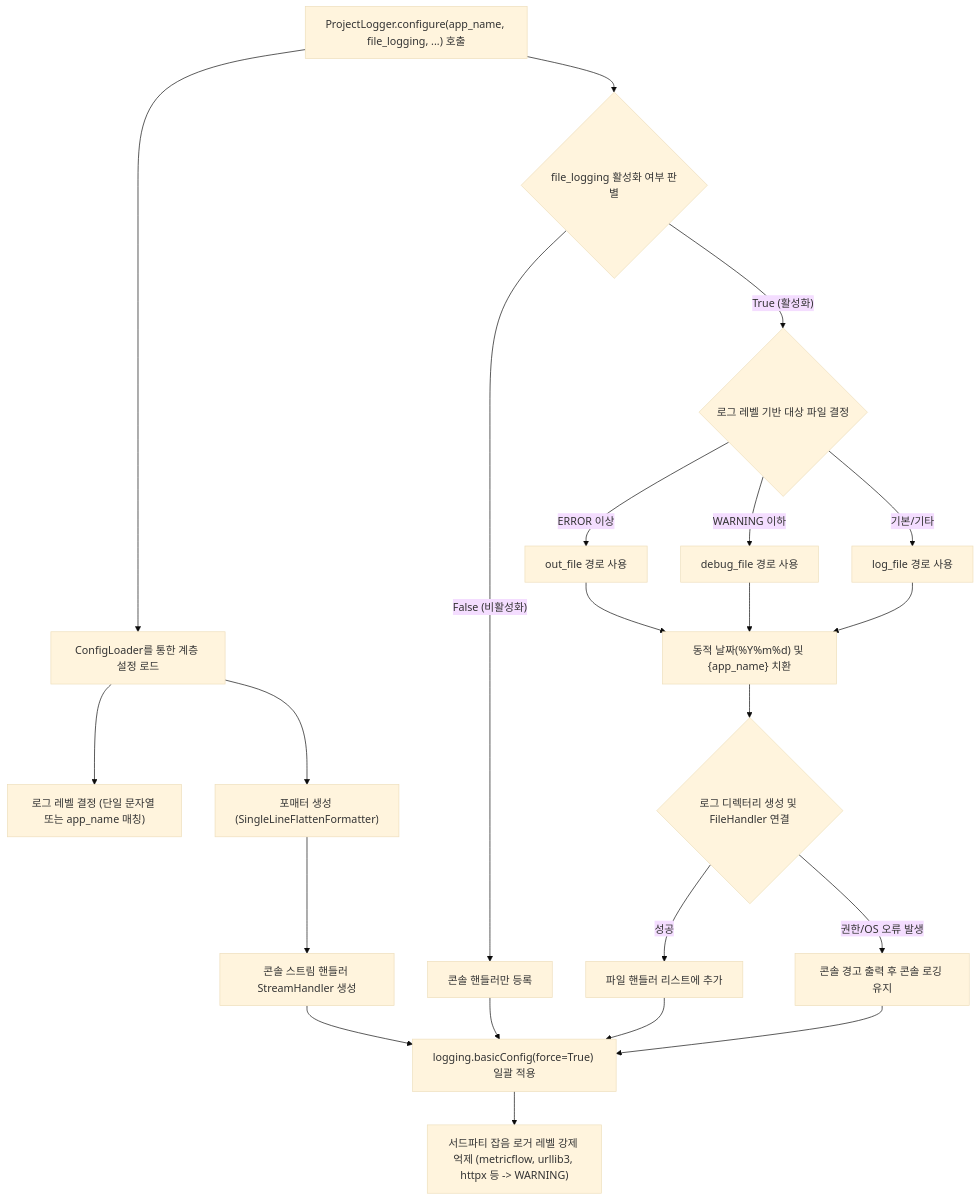
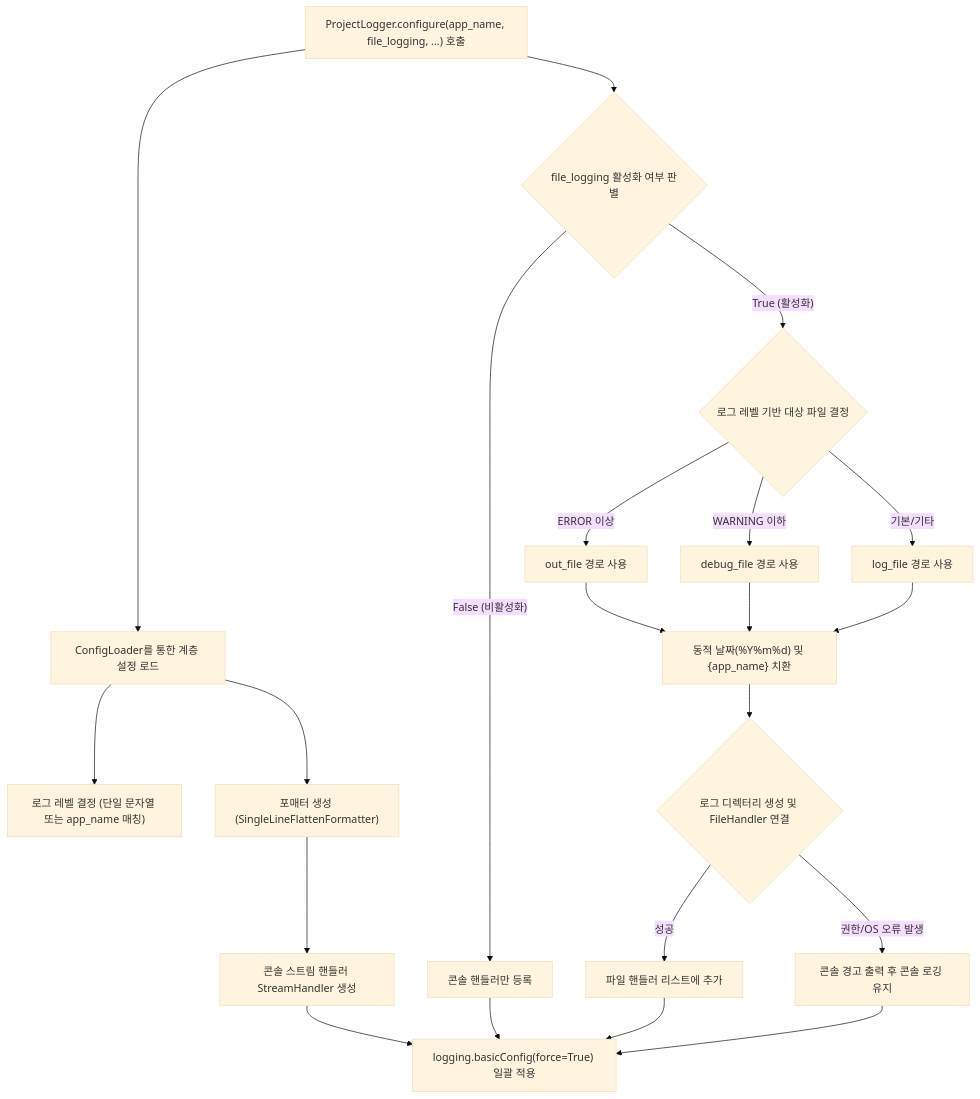
One commit to kampores/agent_common changed the diagram in manual/kr/logger/02_project_logger_configure.md. Above: the diagram before and after it, drawn with Mermaid (base theme). The commit also changed other lines of this file and 10 other files, not shown here.

````diff
--- a/manual/kr/logger/02_project_logger_configure.md
+++ b/manual/kr/logger/02_project_logger_configure.md
@@ -23,28 +23,27 @@
 ```mermaid
 flowchart TD
     A["ProjectLogger.configure(app_name, file_logging, ...) 호출"] --> B["ConfigLoader를 통한 계층 설정 로드"]
     B --> C["로그 레벨 결정 (단일 문자열 또는 app_name 매칭)"]
     B --> D["포매터 생성 (SingleLineFlattenFormatter)"]
     D --> E["콘솔 스트림 핸들러 StreamHandler 생성"]
     
     A --> F{"file_logging 활성화 여부 판별"}
     F -->|"False (비활성화)"| J["콘솔 핸들러만 등록"]
     F -->|"True (활성화)"| G{"로그 레벨 기반 대상 파일 결정"}
     
     G -->|"ERROR 이상"| G1["out_file 경로 사용"]
     G -->|"WARNING 이하"| G2["debug_file 경로 사용"]
     G -->|"기본/기타"| G3["log_file 경로 사용"]
     
     G1 --> H["동적 날짜(%Y%m%d) 및 {app_name} 치환"]
     G2 --> H
     G3 --> H
     H --> I{"로그 디렉터리 생성 및 FileHandler 연결"}
     I -->|"성공"| I1["파일 핸들러 리스트에 추가"]
     I -->|"권한/OS 오류 발생"| I2["콘솔 경고 출력 후 콘솔 로깅 유지"]
     
     E --> K["logging.basicConfig(force=True) 일괄 적용"]
     I1 --> K
     J --> K
     I2 --> K
-    K --> L["서드파티 잡음 로거 레벨 강제 억제 (metricflow, urllib3, httpx 등 -> WARNING)"]
 ```
````
